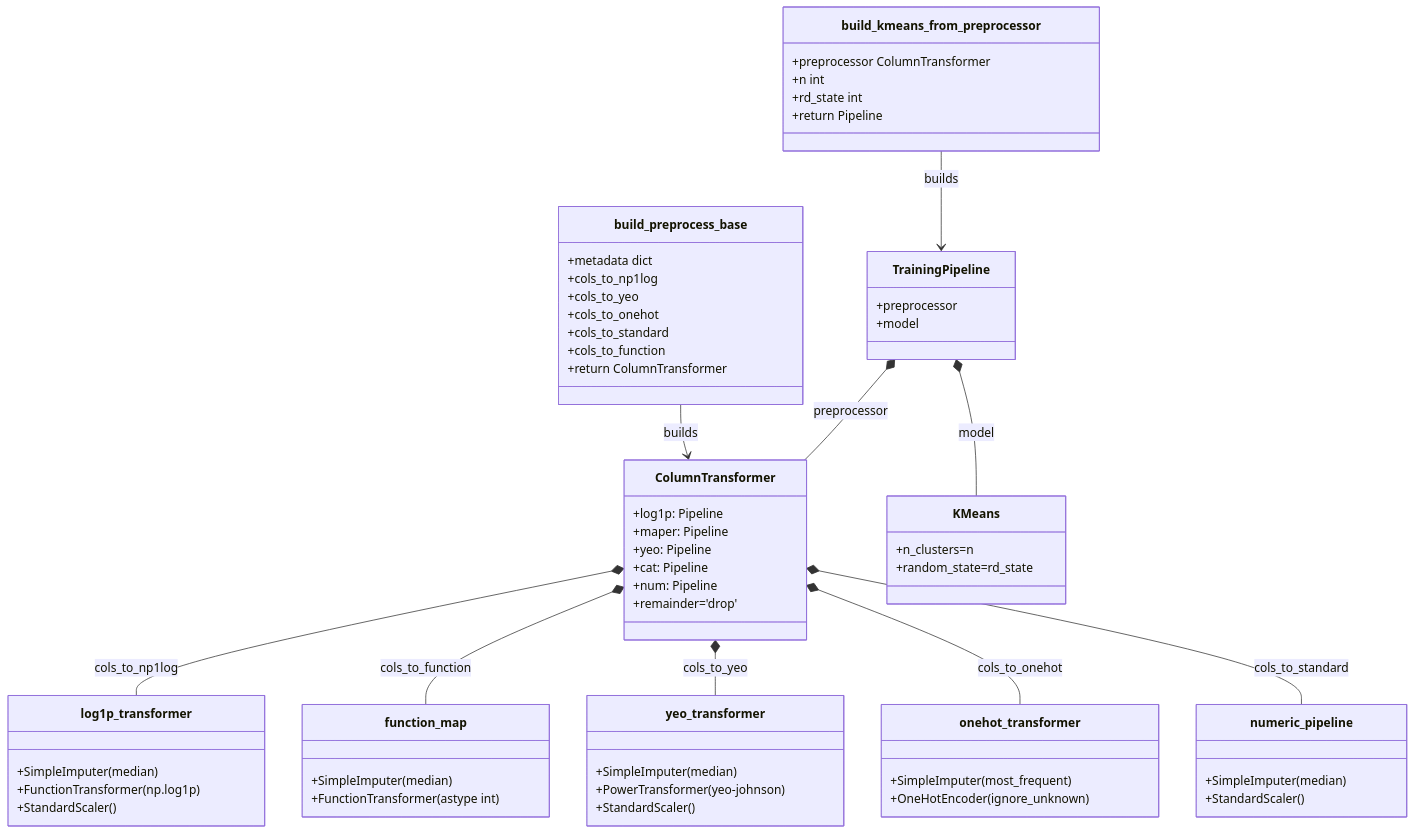
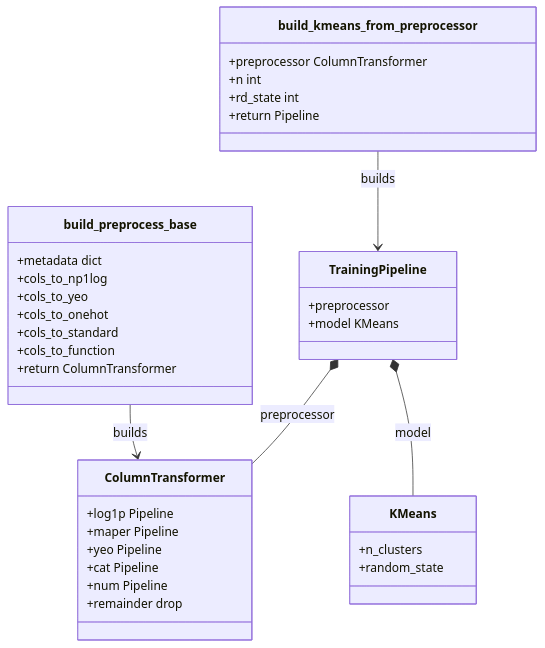
The second of 2 diagrams in production_pipeline/README.MD (Groltjor/LogHound), drawn with Mermaid before and after one commit. The commit also changed other lines of this file, not shown here.

Commit message:
Update de MD de production pipeline

````diff
--- a/production_pipeline/README.MD
+++ b/production_pipeline/README.MD
@@ -12,76 +163,43 @@
 ```mermaid
 classDiagram
     class build_preprocess_base {
         +metadata dict
         +cols_to_np1log
         +cols_to_yeo
         +cols_to_onehot
         +cols_to_standard
         +cols_to_function
         +return ColumnTransformer
     }
 
     class ColumnTransformer {
-        +log1p: Pipeline
-        +maper: Pipeline
-        +yeo: Pipeline
-        +cat: Pipeline
-        +num: Pipeline
-        +remainder='drop'
-    }
-
-    class log1p_transformer {
-        +SimpleImputer(median)
-        +FunctionTransformer(np.log1p)
-        +StandardScaler()
-    }
-
-    class function_map {
-        +SimpleImputer(median)
-        +FunctionTransformer(astype int)
-    }
-
-    class yeo_transformer {
-        +SimpleImputer(median)
-        +PowerTransformer(yeo-johnson)
-        +StandardScaler()
-    }
-
-    class onehot_transformer {
-        +SimpleImputer(most_frequent)
-        +OneHotEncoder(ignore_unknown)
-    }
-
-    class numeric_pipeline {
-        +SimpleImputer(median)
-        +StandardScaler()
+        +log1p Pipeline
+        +maper Pipeline
+        +yeo Pipeline
+        +cat Pipeline
+        +num Pipeline
+        +remainder drop
     }
 
     class build_kmeans_from_preprocessor {
         +preprocessor ColumnTransformer
         +n int
         +rd_state int
         +return Pipeline
     }
 
-    class KMeans {
-        +n_clusters=n
-        +random_state=rd_state
+    class TrainingPipeline {
+        +preprocessor
+        +model KMeans
     }
 
-    class TrainingPipeline {
-        +preprocessor
-        +model
+    class KMeans {
+        +n_clusters
+        +random_state
     }
 
     build_preprocess_base --> ColumnTransformer : builds
-    ColumnTransformer *-- log1p_transformer : cols_to_np1log
-    ColumnTransformer *-- function_map : cols_to_function
-    ColumnTransformer *-- yeo_transformer : cols_to_yeo
-    ColumnTransformer *-- onehot_transformer : cols_to_onehot
-    ColumnTransformer *-- numeric_pipeline : cols_to_standard
-
     build_kmeans_from_preprocessor --> TrainingPipeline : builds
     TrainingPipeline *-- ColumnTransformer : preprocessor
     TrainingPipeline *-- KMeans : model
 ```
````
